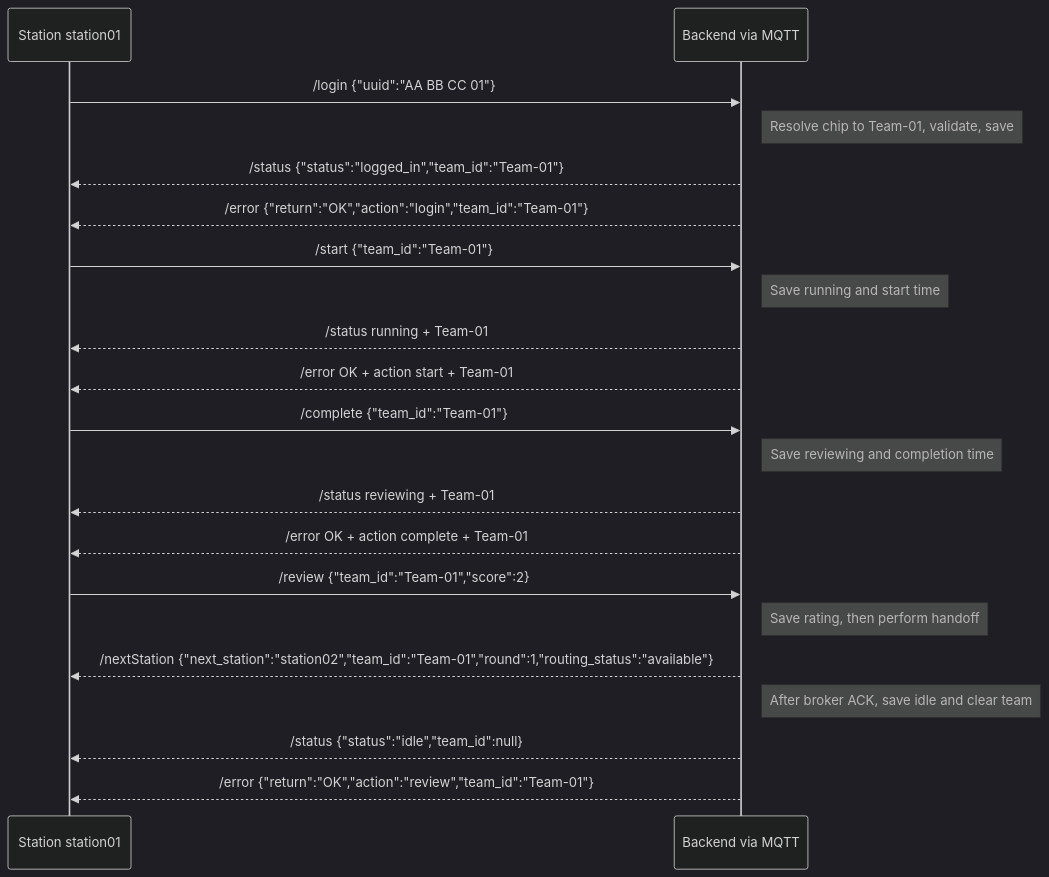
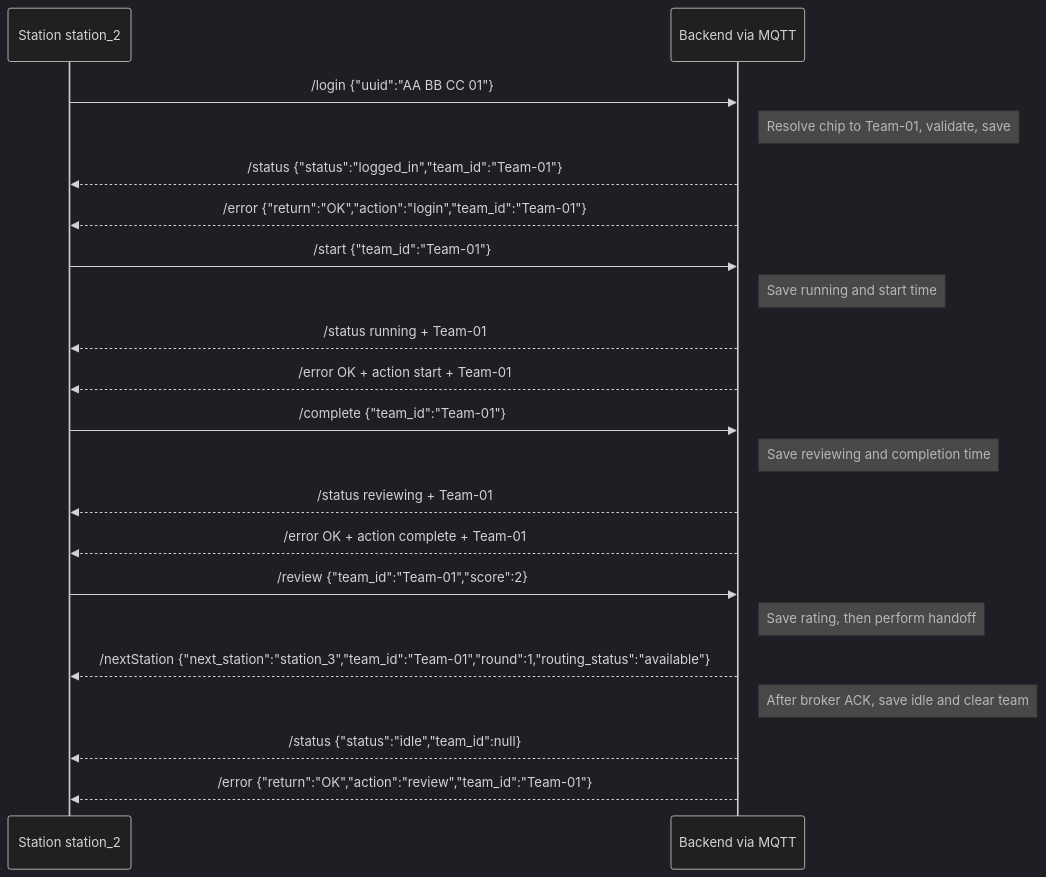
Before and after one commit to GnomUltras/backend: the second of 5 diagrams in README.md, drawn with Mermaid (dark theme). The commit also changed other lines of this file and 14 other files, not shown here.

````diff
--- a/README.md
+++ b/README.md
@@ -110,23 +150,23 @@
 ```mermaid
 sequenceDiagram
-    participant S as Station station01
+    participant S as Station station_2
     participant B as Backend via MQTT
     S->>B: /login {"uuid":"AA BB CC 01"}
     Note right of B: Resolve chip to Team-01, validate, save
     B-->>S: /status {"status":"logged_in","team_id":"Team-01"}
     B-->>S: /error {"return":"OK","action":"login","team_id":"Team-01"}
     S->>B: /start {"team_id":"Team-01"}
     Note right of B: Save running and start time
     B-->>S: /status running + Team-01
     B-->>S: /error OK + action start + Team-01
     S->>B: /complete {"team_id":"Team-01"}
     Note right of B: Save reviewing and completion time
     B-->>S: /status reviewing + Team-01
     B-->>S: /error OK + action complete + Team-01
     S->>B: /review {"team_id":"Team-01","score":2}
     Note right of B: Save rating, then perform handoff
-    B-->>S: /nextStation {"next_station":"station02","team_id":"Team-01","round":1,"routing_status":"available"}
+    B-->>S: /nextStation {"next_station":"station_3","team_id":"Team-01","round":1,"routing_status":"available"}
     Note right of B: After broker ACK, save idle and clear team
     B-->>S: /status {"status":"idle","team_id":null}
     B-->>S: /error {"return":"OK","action":"review","team_id":"Team-01"}
 ```
````
